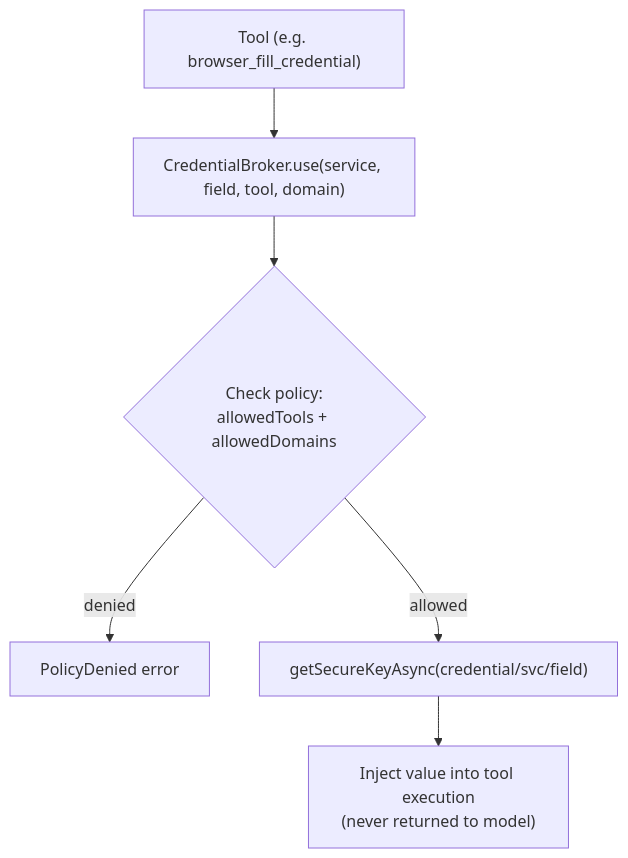
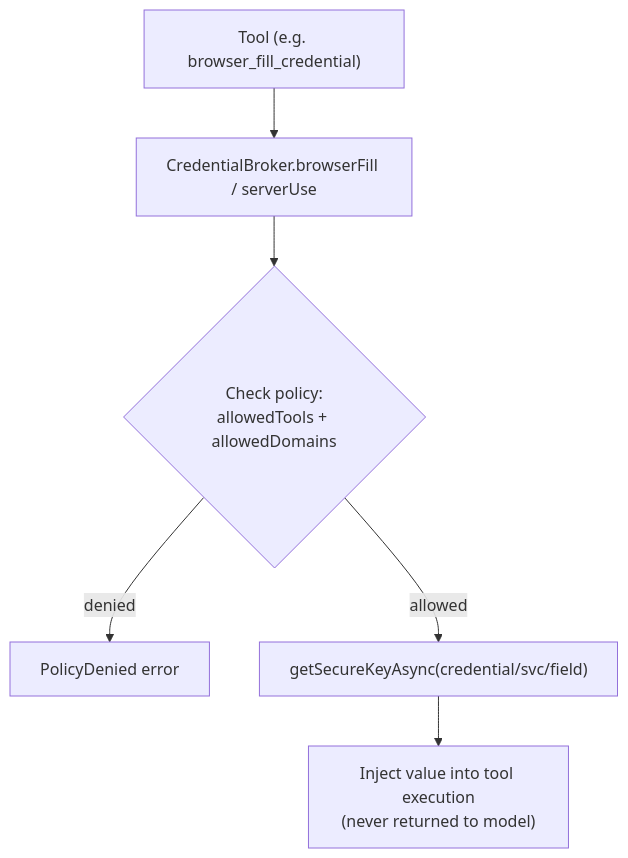
Before and after one commit to Jagermaster2469/vellum-assistant: the third of 4 diagrams in assistant/docs/architecture/security.md, drawn with Mermaid. The commit also changed other lines of this file and 5 other files, not shown here.

First line of the commit message:
chore(credentials): remove unused broker authorize and serverUseById (#41388)

````diff
--- a/assistant/docs/architecture/security.md
+++ b/assistant/docs/architecture/security.md
@@ -204,8 +204,8 @@
 ```mermaid
 graph TB
-    TOOL["Tool (e.g. browser_fill_credential)"] --> BROKER["CredentialBroker.use(service, field, tool, domain)"]
+    TOOL["Tool (e.g. browser_fill_credential)"] --> BROKER["CredentialBroker.browserFill / serverUse"]
     BROKER --> POLICY{"Check policy:<br/>allowedTools + allowedDomains"}
     POLICY -->|denied| REJECT["PolicyDenied error"]
     POLICY -->|allowed| FETCH["getSecureKeyAsync(credential/svc/field)"]
     FETCH --> INJECT["Inject value into tool execution<br/>(never returned to model)"]
 ```
````
